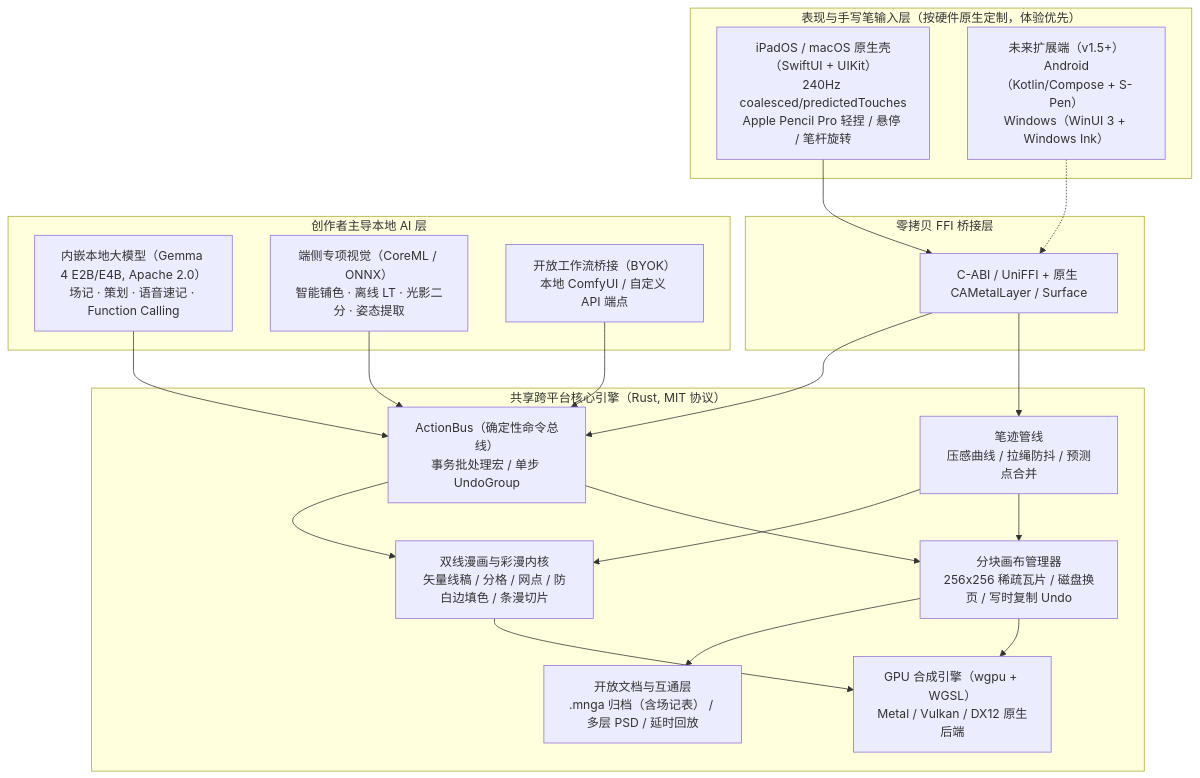
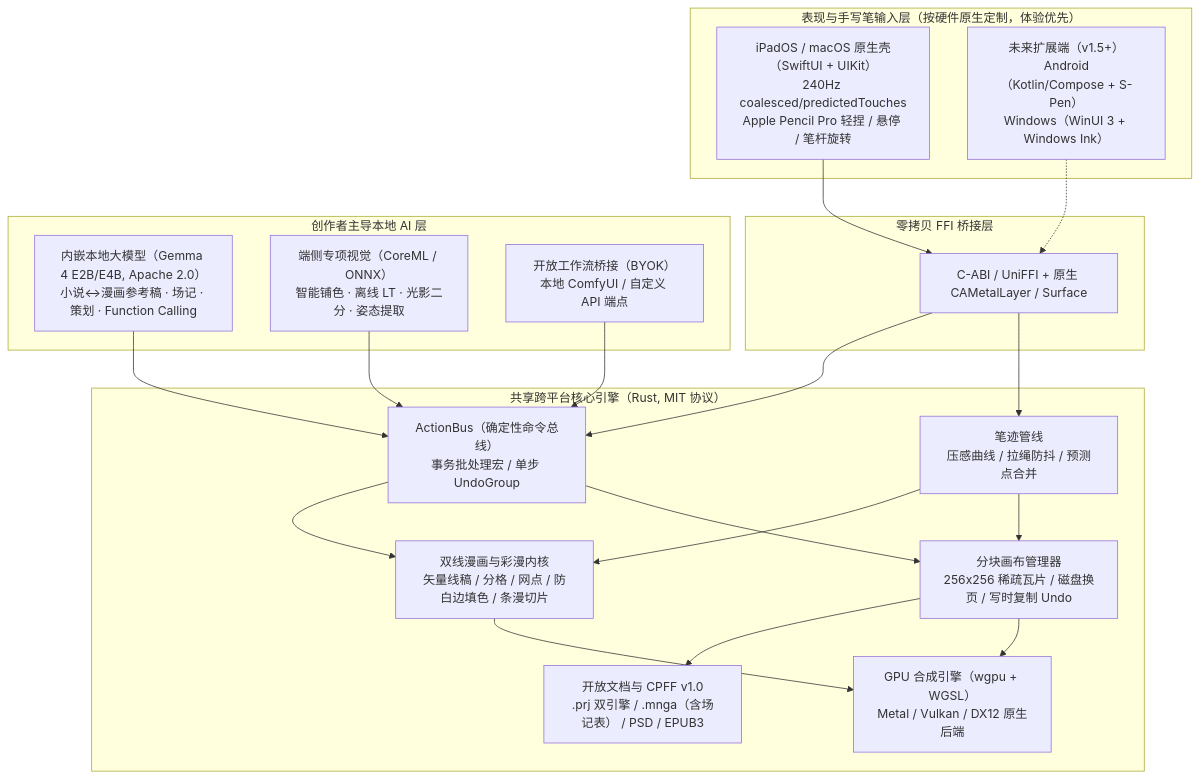
Before and after one commit to 70sDushuren/About-Paint-Tools: the diagram in README.zh-CN.md, drawn with Mermaid. The commit also changed other lines of this file and 29 other files, not shown here.

````diff
--- a/README.zh-CN.md
+++ b/README.zh-CN.md
@@ -33,41 +33,41 @@
 ```mermaid
 flowchart TD
     subgraph UI["表现与手写笔输入层（按硬件原生定制，体验优先）"]
         iPad["iPadOS / macOS 原生壳（SwiftUI + UIKit）<br/>240Hz coalesced/predictedTouches<br/>Apple Pencil Pro 轻捏 / 悬停 / 笔杆旋转"]
         Future["未来扩展端（v1.5+）<br/>Android（Kotlin/Compose + S-Pen）<br/>Windows（WinUI 3 + Windows Ink）"]
     end
 
     subgraph Bridge["零拷贝 FFI 桥接层"]
         FFI["C-ABI / UniFFI + 原生 CAMetalLayer / Surface"]
     end
 
     subgraph Core["共享跨平台核心引擎（Rust, MIT 协议）"]
         Bus["ActionBus（确定性命令总线）<br/>事务批处理宏 / 单步 UndoGroup"]
         Input["笔迹管线<br/>压感曲线 / 拉绳防抖 / 预测点合并"]
         Canvas["分块画布管理器<br/>256x256 稀疏瓦片 / 磁盘换页 / 写时复制 Undo"]
         Vector["双线漫画与彩漫内核<br/>矢量线稿 / 分格 / 网点 / 防白边填色 / 条漫切片"]
         Render["GPU 合成引擎（wgpu + WGSL）<br/>Metal / Vulkan / DX12 原生后端"]
-        IO["开放文档与互通层<br/>.mnga 归档（含场记表） / 多层 PSD / 延时回放"]
+        IO["开放文档与 CPFF v1.0<br/>.prj 双引擎 / .mnga（含场记表） / PSD / EPUB3"]
     end
 
     subgraph AI["创作者主导本地 AI 层"]
-        Gemma["内嵌本地大模型（Gemma 4 E2B/E4B, Apache 2.0）<br/>场记 · 策划 · 语音速记 · Function Calling"]
+        Gemma["内嵌本地大模型（Gemma 4 E2B/E4B, Apache 2.0）<br/>小说↔漫画参考稿 · 场记 · 策划 · Function Calling"]
         Vision["端侧专项视觉（CoreML / ONNX）<br/>智能铺色 · 离线 LT · 光影二分 · 姿态提取"]
         BridgeAI["开放工作流桥接（BYOK）<br/>本地 ComfyUI / 自定义 API 端点"]
     end
 
     iPad --> FFI
     Future -.-> FFI
     FFI --> Input
     FFI --> Bus
     Gemma --> Bus
     Vision --> Bus
     BridgeAI --> Bus
     Bus --> Canvas
     Bus --> Vector
     Input --> Canvas
     Input --> Vector
     Canvas --> Render
     Vector --> Render
     Canvas --> IO
 ```
````
